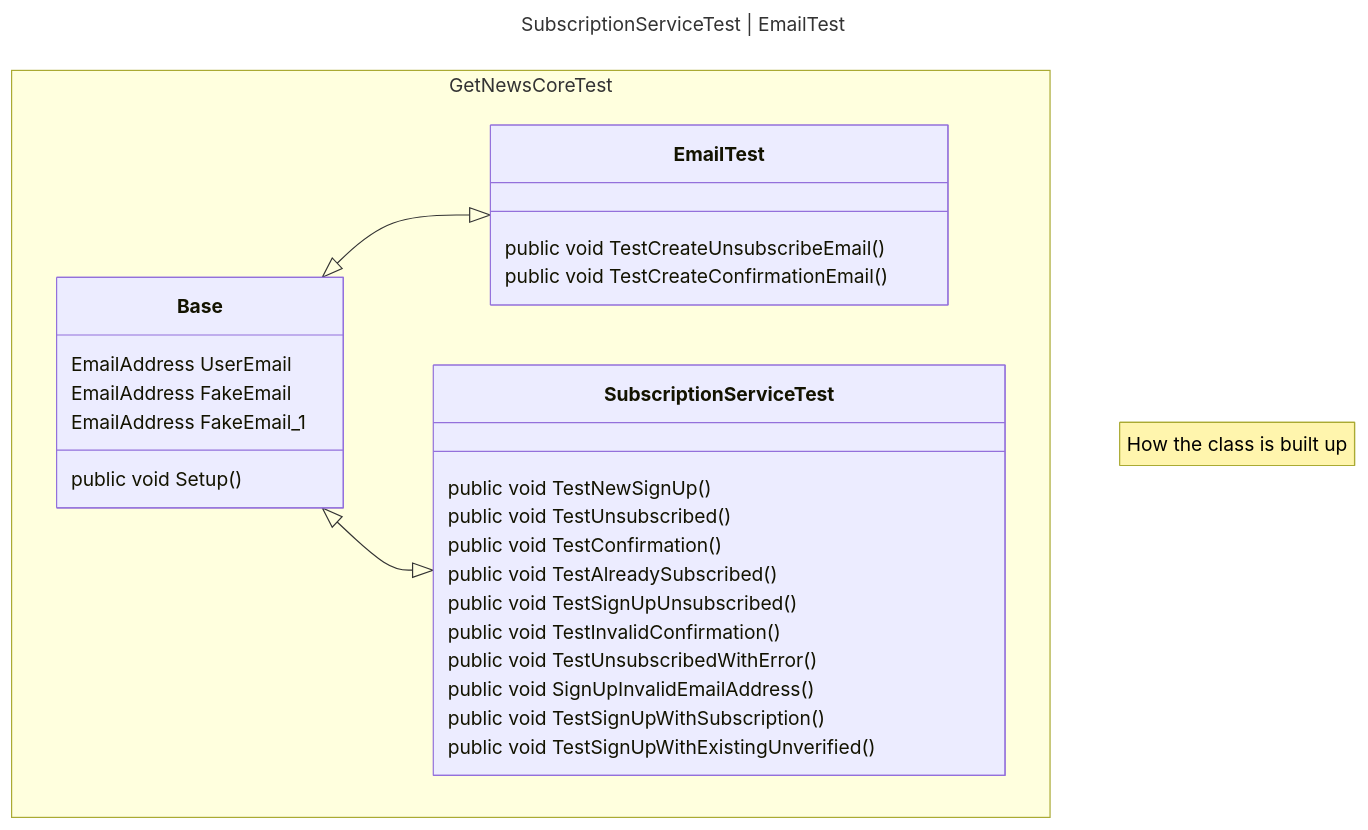
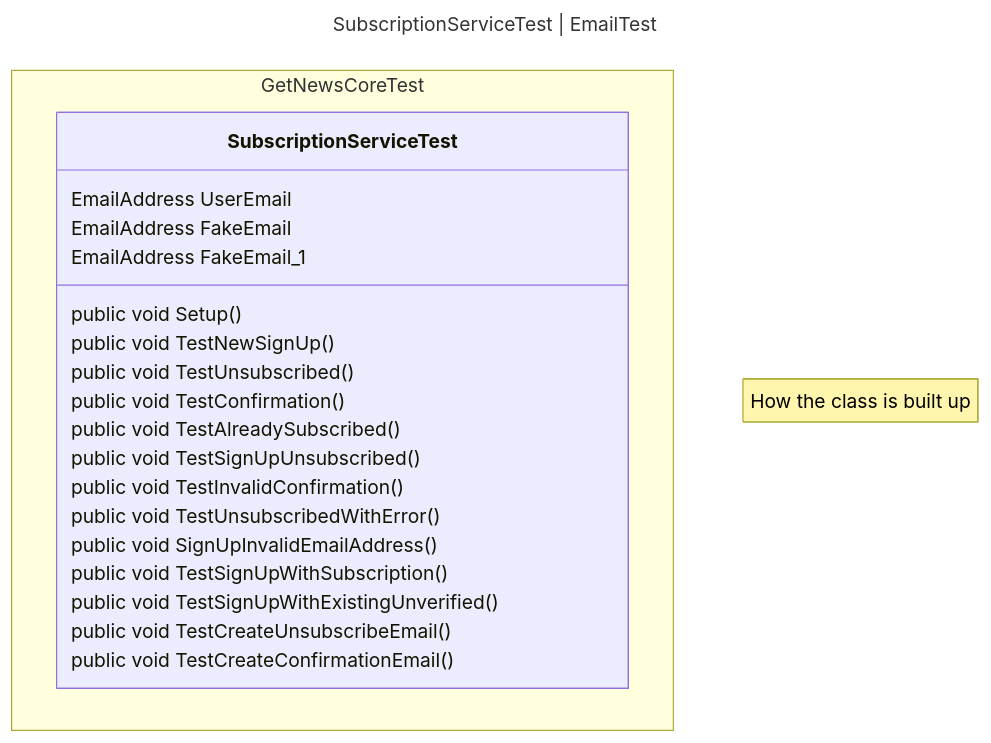
The first of 3 diagrams in model/TestModel.md (Emsaso/GetNews), drawn with Mermaid before and after one commit. The commit also changed other lines of this file, not shown here.

````diff
--- a/model/TestModel.md
+++ b/model/TestModel.md
@@ -5,49 +5,31 @@
 ```mermaid
 ---
 title: SubscriptionServiceTest | EmailTest
 ---
 classDiagram
-    Base <|--|>  EmailTest
-    Base <|--|> SubscriptionServiceTest
 
     note "How the class is built up"
     
     namespace GetNewsCoreTest{
 
-        class Base {
+        class SubscriptionServiceTest {
             EmailAddress UserEmail
             EmailAddress FakeEmail
             EmailAddress FakeEmail_1
         
             public void Setup()
-            }
-
-        class SubscriptionServiceTest {
-            %%EmailAddress UserEmail
-            %%EmailAddress FakeEmail
-            %%EmailAddress FakeEmail_1
-        
-            %%public void Setup()
             public void TestNewSignUp()
             public void TestUnsubscribed()
             public void TestConfirmation()
             public void TestAlreadySubscribed()
             public void TestSignUpUnsubscribed()
             public void TestInvalidConfirmation()
             public void TestUnsubscribedWithError()
             public void SignUpInvalidEmailAddress()
             public void TestSignUpWithSubscription()
             public void TestSignUpWithExistingUnverified()  
-        }
-
-        class EmailTest{
-            %%EmailAddress UserEmail
-            %%EmailAddress FakeEmail
-            %%EmailAddress FakeEmail_1
-        
-            %%public void Setup()
             public void TestCreateUnsubscribeEmail()
             public void TestCreateConfirmationEmail()
         }
     }
 ```
````
